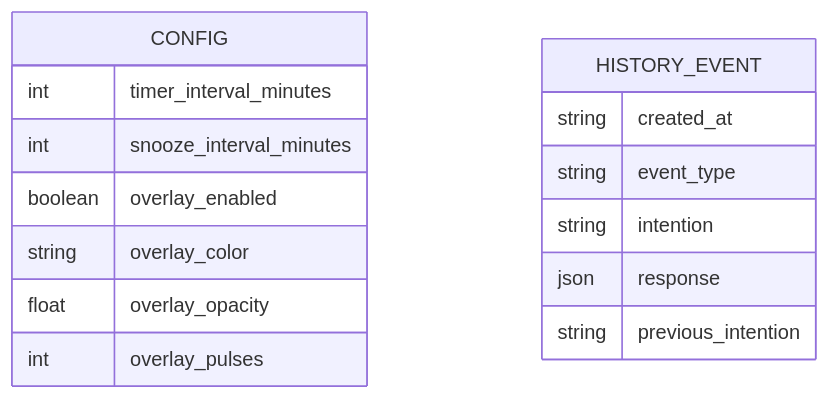
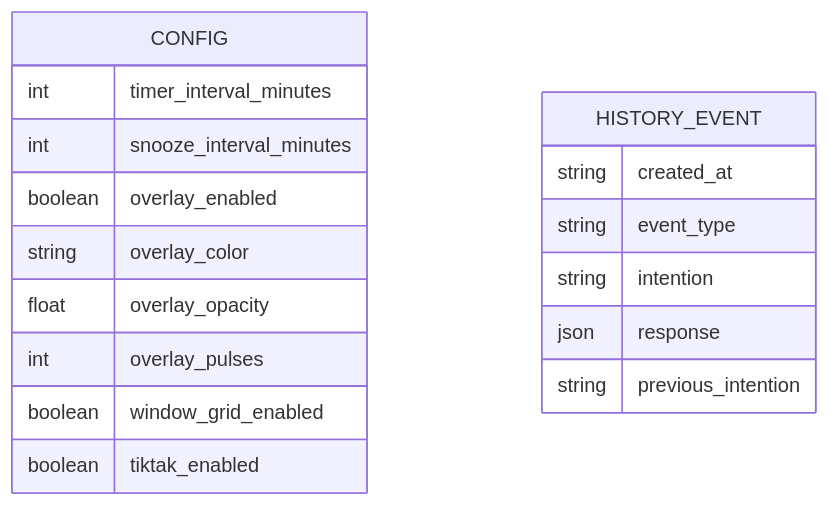
One commit to odevpedro/attention-bell changed the diagram in docs/data-model.md. Above: the diagram before and after it, drawn with Mermaid. The commit also changed other lines of this file and 11 other files, not shown here.

````diff
--- a/docs/data-model.md
+++ b/docs/data-model.md
@@ -32,19 +32,21 @@
 ```mermaid
 erDiagram
     CONFIG {
         int timer_interval_minutes
         int snooze_interval_minutes
         boolean overlay_enabled
         string overlay_color
         float overlay_opacity
         int overlay_pulses
+        boolean window_grid_enabled
+        boolean tiktak_enabled
     }
 
     HISTORY_EVENT {
         string created_at
         string event_type
         string intention
         json response
         string previous_intention
     }
 ```
````
